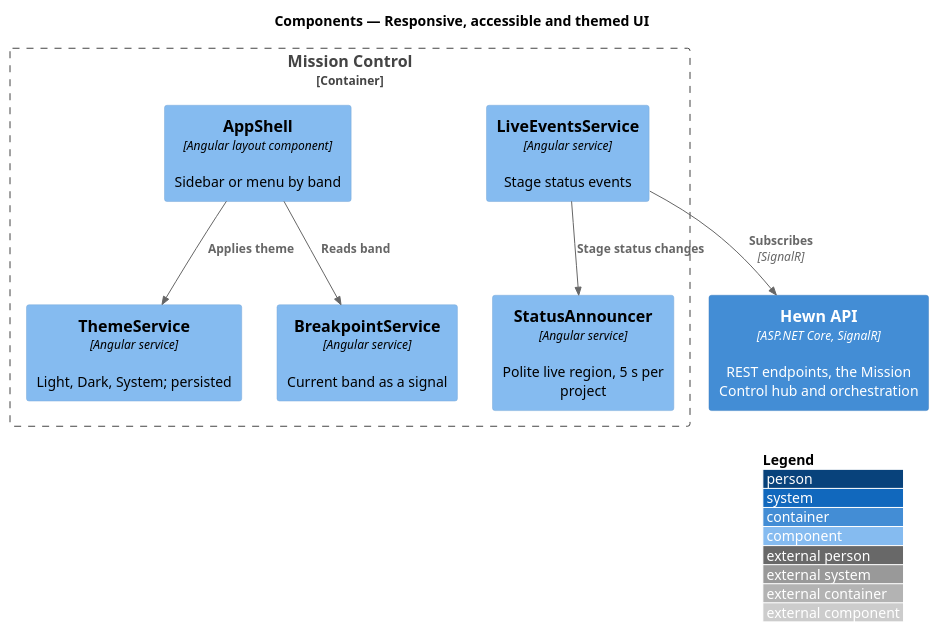
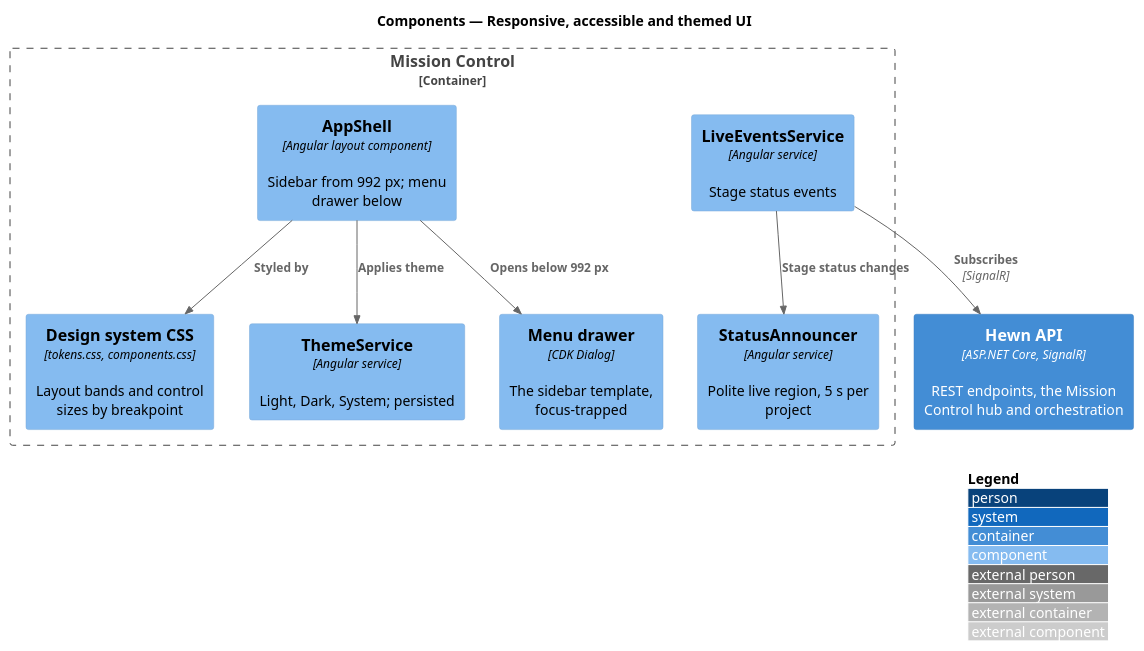
Before and after one commit to QuinntyneBrown/hewn: the diagram in docs/detailed-designs/mission-control/responsive-accessible-ui/diagrams/c4-component.puml, drawn with PlantUML. The commit also changed 47 other files, not shown here.

```diff
--- a/docs/detailed-designs/mission-control/responsive-accessible-ui/diagrams/c4-component.puml
+++ b/docs/detailed-designs/mission-control/responsive-accessible-ui/diagrams/c4-component.puml
@@ -1,19 +1,21 @@
 @startuml
 !include <C4/C4_Component>
 LAYOUT_WITH_LEGEND()
 title Components — Responsive, accessible and themed UI
 
 Container(api, "Hewn API", "ASP.NET Core, SignalR", "REST endpoints, the Mission Control hub and orchestration")
 Container_Boundary(spa_b, "Mission Control") {
-  Component(shell, "AppShell", "Angular layout component", "Sidebar or menu by band")
-  Component(bp, "BreakpointService", "Angular service", "Current band as a signal")
+  Component(shell, "AppShell", "Angular layout component", "Sidebar from 992 px; menu drawer below")
+  Component(drawer, "Menu drawer", "CDK Dialog", "The sidebar template, focus-trapped")
+  Component(ds, "Design system CSS", "tokens.css, components.css", "Layout bands and control sizes by breakpoint")
   Component(ann, "StatusAnnouncer", "Angular service", "Polite live region, 5 s per project")
   Component(theme, "ThemeService", "Angular service", "Light, Dark, System; persisted")
   Component(live, "LiveEventsService", "Angular service", "Stage status events")
 }
 
-Rel(shell, bp, "Reads band")
+Rel(shell, drawer, "Opens below 992 px")
+Rel(shell, ds, "Styled by")
 Rel(live, ann, "Stage status changes")
 Rel(shell, theme, "Applies theme")
 Rel(live, api, "Subscribes", "SignalR")
 @enduml
```
